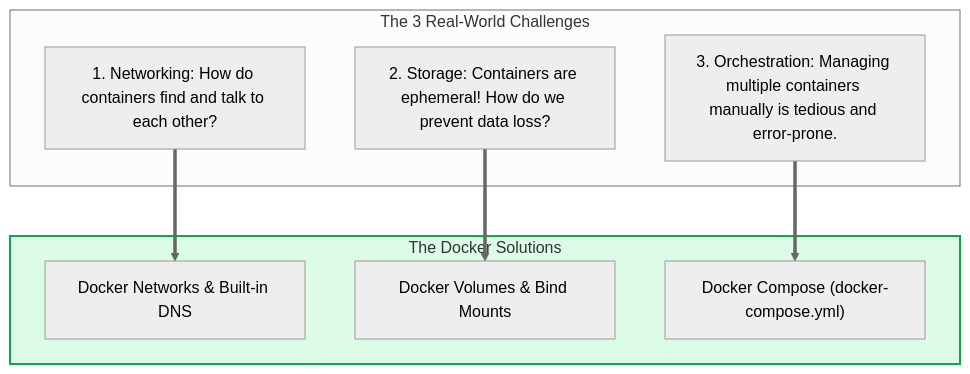
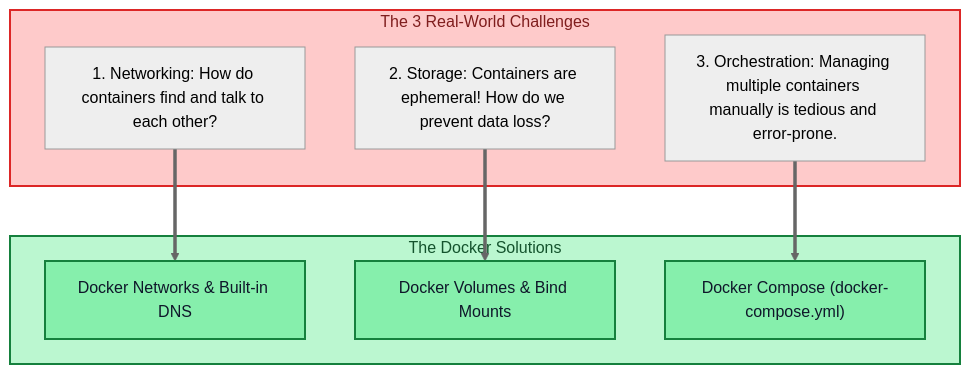
Before and after one commit to PandeyKishan/Study-Notes: the first of 3 diagrams in 01-Docker/03-Networking-Volumes-and-Compose.md, drawn with Mermaid (neutral theme). The commit also changed other lines of this file and 22 other files, not shown here.

Commit message:
docs: enhance diagram visibility with high-contrast palette and add concise book definitions

````diff
--- a/01-Docker/03-Networking-Volumes-and-Compose.md
+++ b/01-Docker/03-Networking-Volumes-and-Compose.md
@@ -16,20 +16,24 @@
 ```mermaid
 flowchart TD
     subgraph Problems["The 3 Real-World Challenges"]
         P1["1. Networking: How do containers find and talk to each other?"]
         P2["2. Storage: Containers are ephemeral! How do we prevent data loss?"]
         P3["3. Orchestration: Managing multiple containers manually is tedious and error-prone."]
     end
 
     subgraph Solutions["The Docker Solutions"]
         S1["Docker Networks & Built-in DNS"]
         S2["Docker Volumes & Bind Mounts"]
         S3["Docker Compose (docker-compose.yml)"]
     end
 
     P1 ==> S1
     P2 ==> S2
     P3 ==> S3
 
-    style Solutions fill:#dcfce7,stroke:#16a34a,stroke-width:2px
+    style Problems fill:#fecaca,stroke:#dc2626,stroke-width:2px,color:#7f1d1d
+    style Solutions fill:#bbf7d0,stroke:#15803d,stroke-width:2px,color:#14532d
+    style S1 fill:#86efac,stroke:#15803d,stroke-width:2px,color:#0f172a
+    style S2 fill:#86efac,stroke:#15803d,stroke-width:2px,color:#0f172a
+    style S3 fill:#86efac,stroke:#15803d,stroke-width:2px,color:#0f172a
 ```
````
